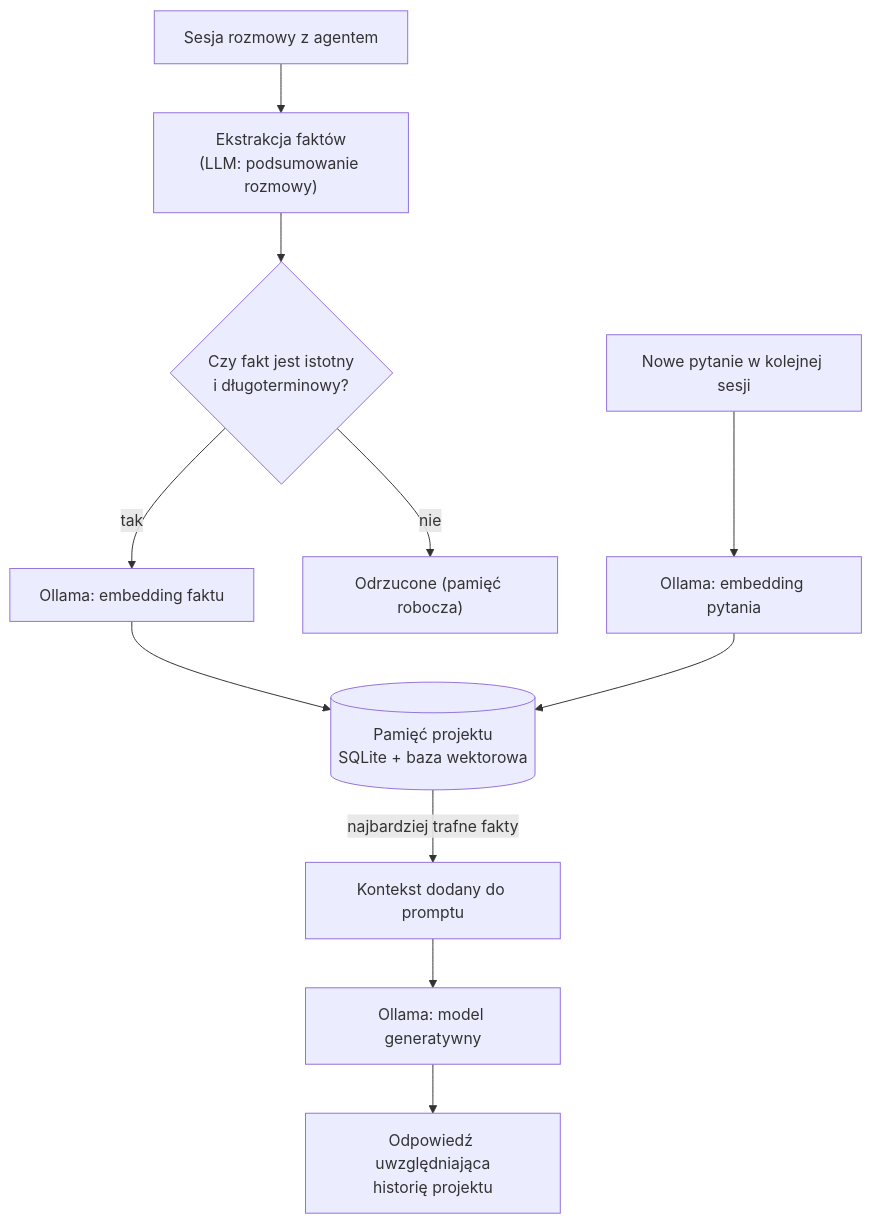
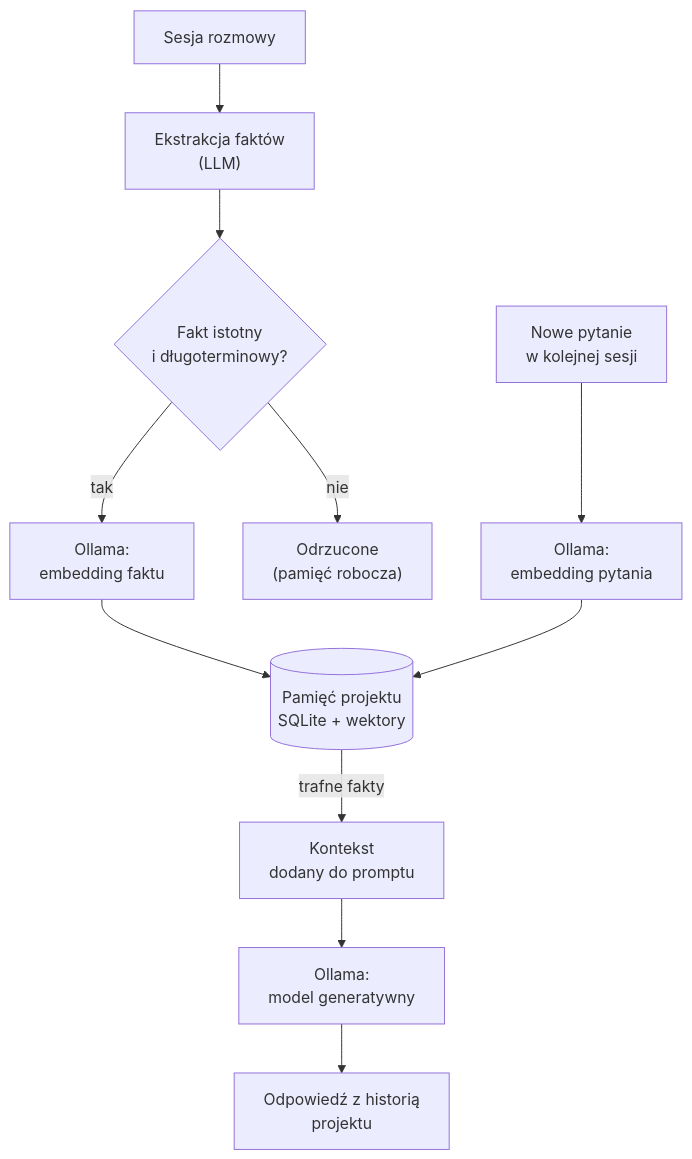
The diagram in 03-pamiec-dlugoterminowa-agenta/03-pamiec-dlugoterminowa-agenta.md (MarcinSNowak/abc-ai), drawn with Mermaid before and after one commit. The commit also changed 2 other files, not shown here.

````diff
--- a/03-pamiec-dlugoterminowa-agenta/03-pamiec-dlugoterminowa-agenta.md
+++ b/03-pamiec-dlugoterminowa-agenta/03-pamiec-dlugoterminowa-agenta.md
@@ -44,14 +44,14 @@
 ```mermaid
 flowchart TB
-    Session["Sesja rozmowy z agentem"] --> Extract["Ekstrakcja faktów<br/>(LLM: podsumowanie rozmowy)"]
-    Extract --> Score{"Czy fakt jest istotny<br/>i długoterminowy?"}
-    Score -- tak --> Embed["Ollama: embedding faktu"]
-    Score -- nie --> Discard["Odrzucone (pamięć robocza)"]
-    Embed --> Store[("Pamięć projektu<br/>SQLite + baza wektorowa")]
+    Session["Sesja rozmowy"] --> Extract["Ekstrakcja faktów<br/>(LLM)"]
+    Extract --> Score{"Fakt istotny<br/>i długoterminowy?"}
+    Score -- tak --> Embed["Ollama:<br/>embedding faktu"]
+    Score -- nie --> Discard["Odrzucone<br/>(pamięć robocza)"]
+    Embed --> Store[("Pamięć projektu<br/>SQLite + wektory")]
 
-    NewQuery["Nowe pytanie w kolejnej sesji"] --> EmbedQ["Ollama: embedding pytania"]
+    NewQuery["Nowe pytanie<br/>w kolejnej sesji"] --> EmbedQ["Ollama:<br/>embedding pytania"]
     EmbedQ --> Store
-    Store -->|"najbardziej trafne fakty"| Context["Kontekst dodany do promptu"]
-    Context --> LLM["Ollama: model generatywny"]
-    LLM --> Answer["Odpowiedź uwzględniająca<br/>historię projektu"]
+    Store -->|"trafne fakty"| Context["Kontekst<br/>dodany do promptu"]
+    Context --> LLM["Ollama:<br/>model generatywny"]
+    LLM --> Answer["Odpowiedź z historią<br/>projektu"]
 ```
````
